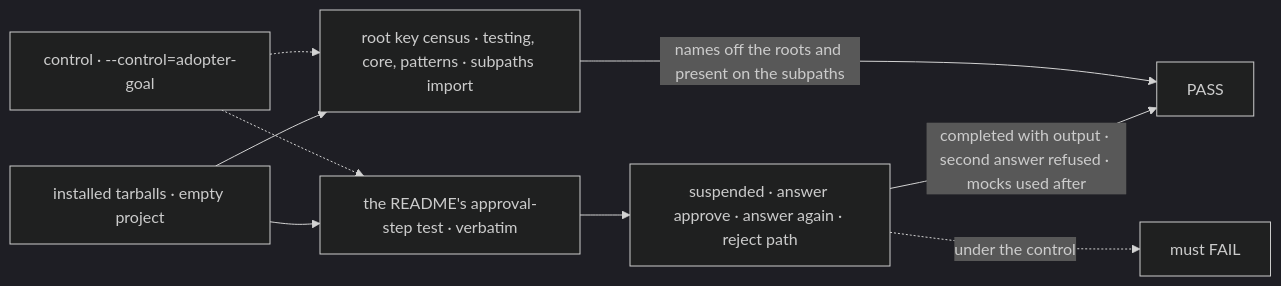
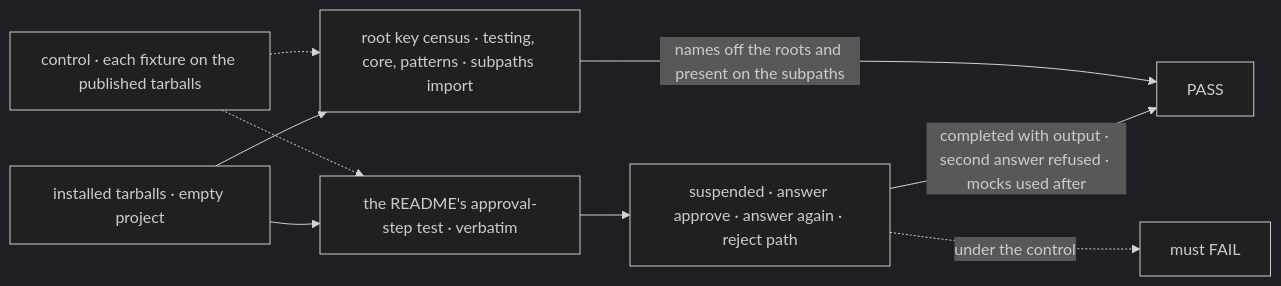
The first of 2 diagrams in specs/issues/FIX-2460/SPEC.md (fixpoint-labs/flow-state-dev), drawn with Mermaid (dark theme) before and after one commit. The commit also changed 6 other files, not shown here.

````diff
--- a/specs/issues/FIX-2460/SPEC.md
+++ b/specs/issues/FIX-2460/SPEC.md
@@ -34,11 +34,11 @@
 ```mermaid
 flowchart LR
   I["installed tarballs · empty project"] --> R["the README's approval-step test · verbatim"]
   R --> S["suspended · answer approve · answer again · reject path"]
   I --> E["root key census · testing, core, patterns · subpaths import"]
   S -->|"completed with output · second answer refused · mocks used after"| P["PASS"]
   E -->|"names off the roots and present on the subpaths"| P
-  C["control · --control=adopter-goal"] -.-> R
+  C["control · each fixture on the published tarballs"] -.-> R
   C -.-> E
   S -.->|"under the control"| F["must FAIL"]
 ```
````
